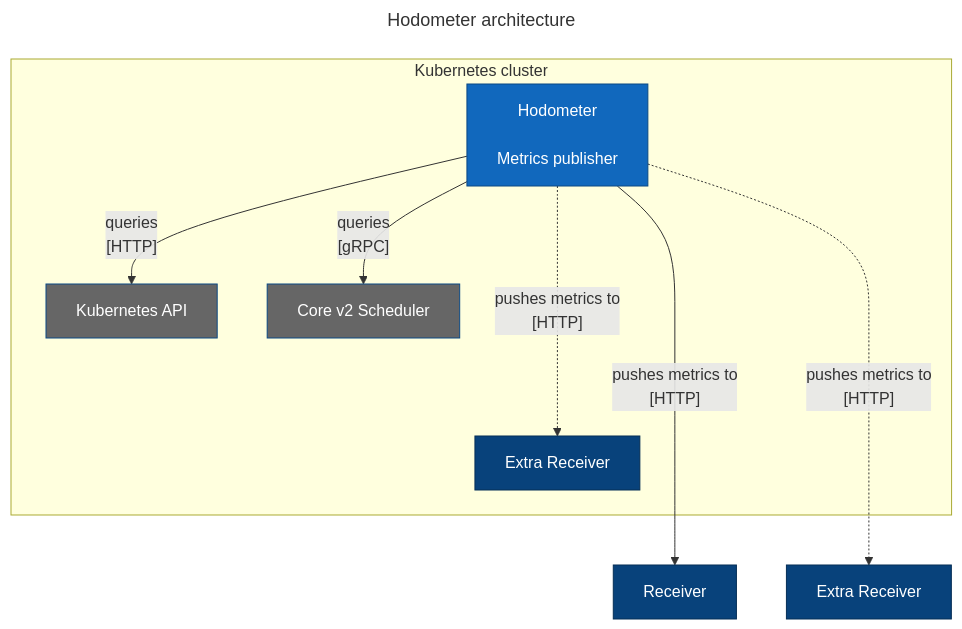
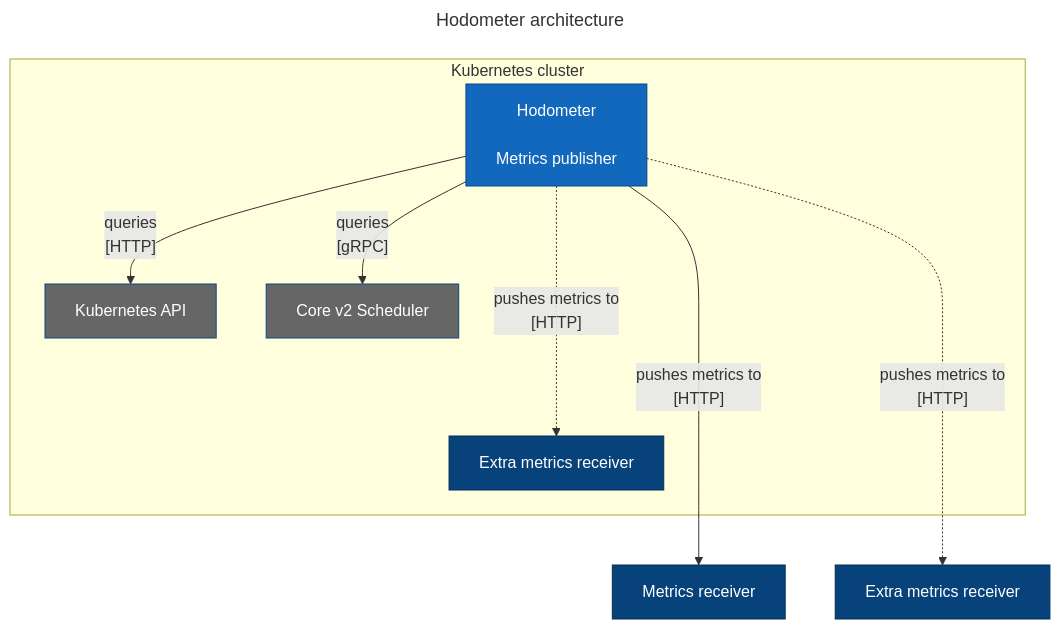
The diagram in docs/_drafts/scv2-hodometer-hodometer-container.mmd (agrski/agrski.github.io), drawn with Mermaid before and after one commit.

Commit message:
Update receiver node names in Hodometer container diagram for consistency with Spartakus equivalent

```diff
--- a/docs/_drafts/scv2-hodometer-hodometer-container.mmd
+++ b/docs/_drafts/scv2-hodometer-hodometer-container.mmd
@@ -1,30 +1,30 @@
 ---
 title: Hodometer architecture
 ---
 
 flowchart TD
   H["Hodometer\n\nMetrics publisher"]
   K["Kubernetes API"]
   S["Core v2 Scheduler"]
-  R1["Receiver"]
-  R2["Extra Receiver"]
-  R3["Extra Receiver"]
+  R1["Metrics receiver"]
+  R2["Extra metrics receiver"]
+  R3["Extra metrics receiver"]
 
   subgraph Kubernetes cluster
     H --> |"queries\n[gRPC]"| S
     H --> |"queries\n[HTTP]"| K
     H -..-> |"pushes metrics to\n[HTTP]"| R2
   end
   H ----> |"pushes metrics to\n[HTTP]"| R1
   H -...-> |"pushes metrics to\n[HTTP]"| R3
 
   classDef focusSystem      fill:#1168bd,stroke:#0b4884,color:#ffffff
   classDef supportingSystem fill:#666,stroke:#0b4884,color:#ffffff
   classDef consumingSystem  fill:#08427b,stroke:#052e56,color:#ffffff
 
   class H focusSystem
   class S supportingSystem
   class K supportingSystem
   class R1 consumingSystem
   class R2 consumingSystem
   class R3 consumingSystem
```
